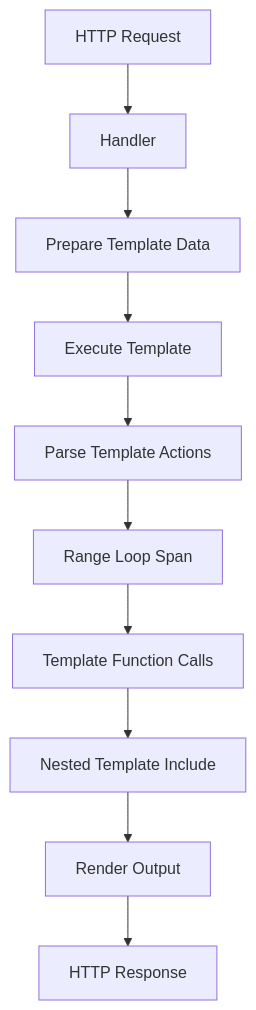
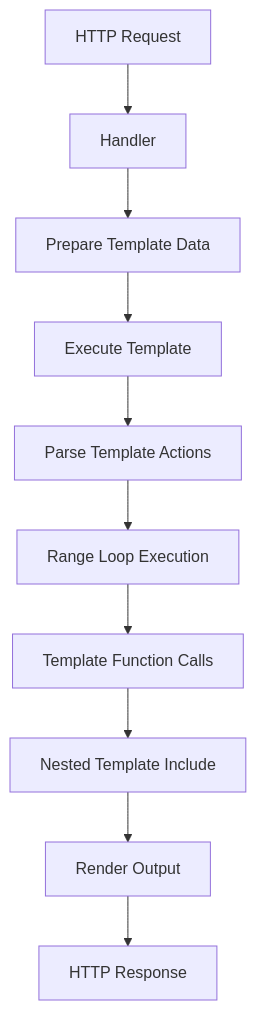
The diagram in posts/2026-02-06-trace-go-template-rendering-opentelemetry-spans/README.md (OneUptime/blog), drawn with Mermaid before and after one commit. The commit also changed other lines of this file and 2 other files, not shown here.

````diff
--- a/posts/2026-02-06-trace-go-template-rendering-opentelemetry-spans/README.md
+++ b/posts/2026-02-06-trace-go-template-rendering-opentelemetry-spans/README.md
@@ -17,12 +17,12 @@
 ```mermaid
 graph TD
     A[HTTP Request] --> B[Handler]
     B --> C[Prepare Template Data]
     C --> D[Execute Template]
     D --> E[Parse Template Actions]
-    E --> F[Range Loop Span]
+    E --> F[Range Loop Execution]
     F --> G[Template Function Calls]
     G --> H[Nested Template Include]
     H --> I[Render Output]
     I --> J[HTTP Response]
 ```
````
